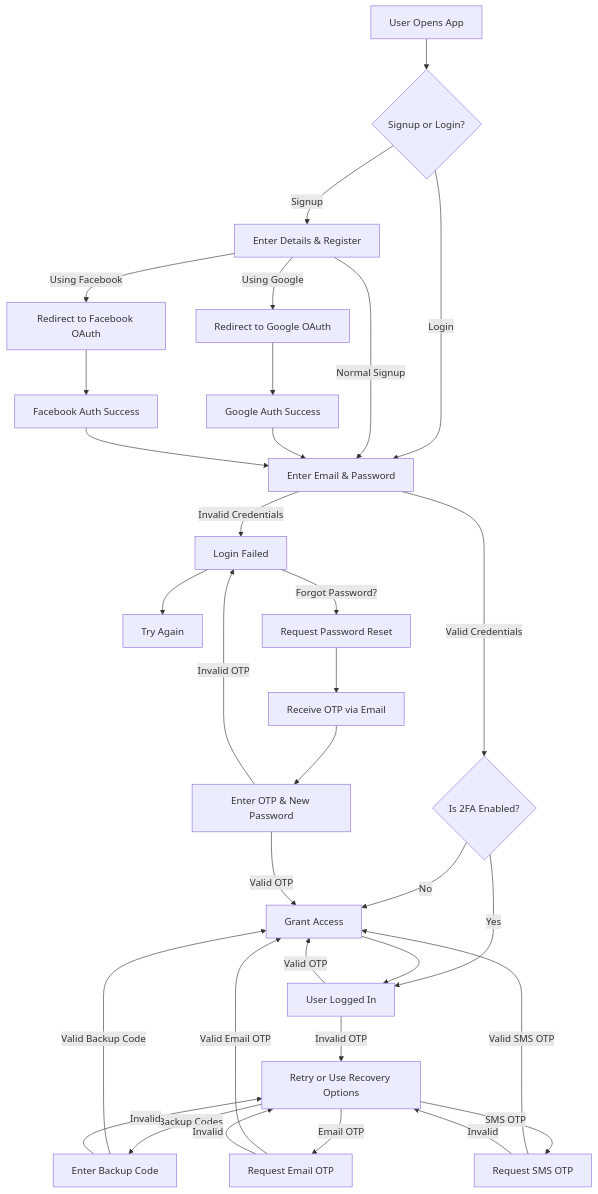
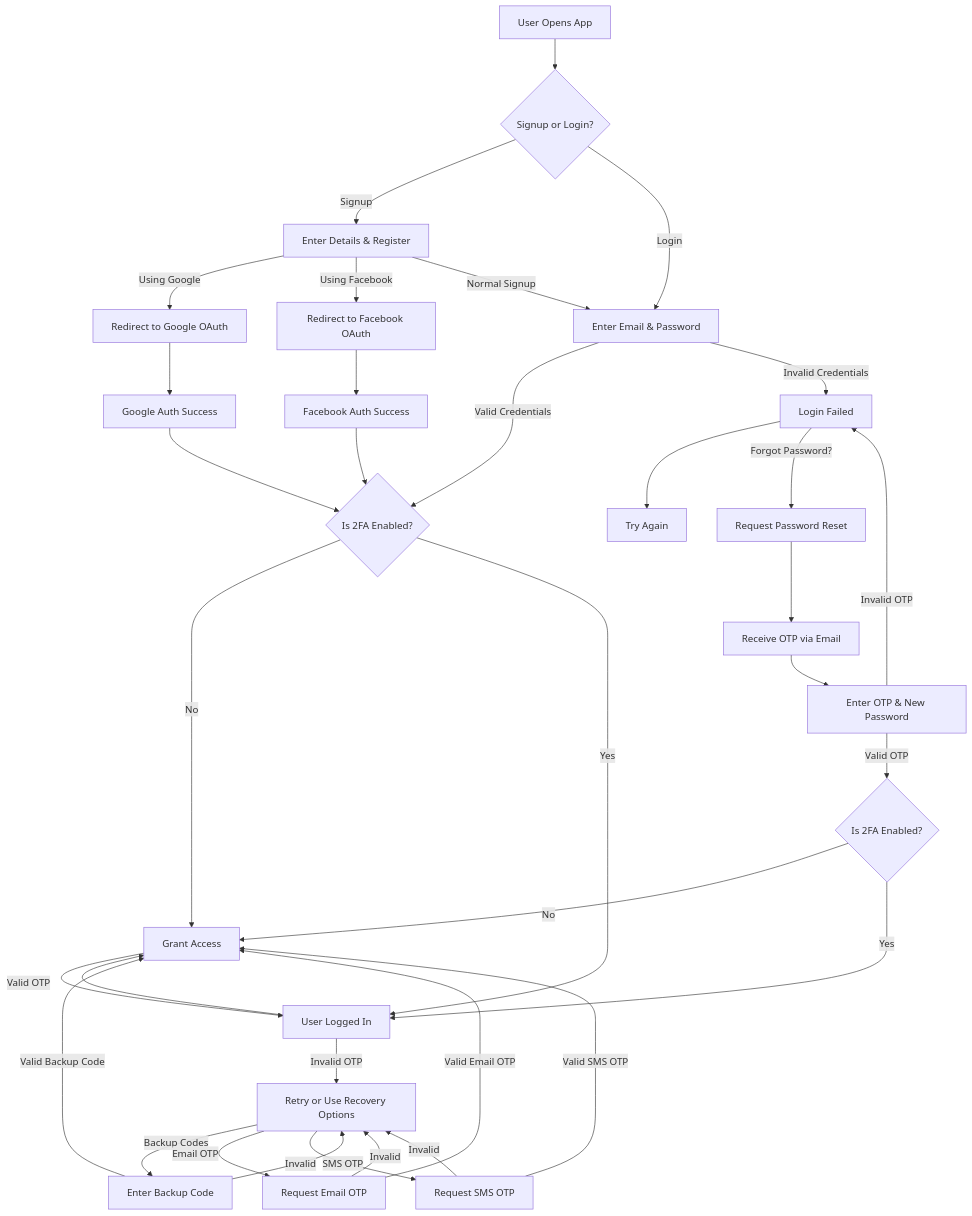
Before and after one commit to goudaabdulhmid2/node-user-auth--2fa: the diagram in README.md, drawn with Mermaid.

Commit message:
updat-ReadMe

````diff
--- a/README.md
+++ b/README.md
@@ -122,44 +122,46 @@
 ```mermaid
 %% User Authentication, OAuth, 2FA & Password Recovery Flow
 graph TD;
     A[User Opens App] --> B{Signup or Login?};
     B -->|Signup| C[Enter Details & Register];
     B -->|Login| D[Enter Email & Password];
 
     C -->|Using Google| G[Redirect to Google OAuth];
     C -->|Using Facebook| F[Redirect to Facebook OAuth];
     C -->|Normal Signup| D;
 
-    G --> H[Google Auth Success] --> D;
-    F --> I[Facebook Auth Success] --> D;
-
-    D -->|Valid Credentials| J{Is 2FA Enabled?};
+    G --> H[Google Auth Success] --> J{Is 2FA Enabled?};
+    F --> I[Facebook Auth Success] --> J;
+    D -->|Valid Credentials| J;
     D -->|Invalid Credentials| X[Login Failed];
 
     J -->|No| K[Grant Access];
     J -->|Yes| L[Enter OTP from Authenticator];
 
     L -->|Valid OTP| K;
     L -->|Invalid OTP| Y[Retry or Use Recovery Options];
 
     Y -->|Backup Codes| Z[Enter Backup Code];
     Y -->|Email OTP| W[Request Email OTP];
     Y -->|SMS OTP| V[Request SMS OTP];
 
     Z -->|Valid Backup Code| K;
     W -->|Valid Email OTP| K;
     V -->|Valid SMS OTP| K;
 
     Z -->|Invalid| Y;
     W -->|Invalid| Y;
     V -->|Invalid| Y;
 
     K --> L[User Logged In];
     X --> M[Try Again];
 
     X -->|Forgot Password?| N[Request Password Reset];
     N --> O[Receive OTP via Email];
     O --> P[Enter OTP & New Password];
-    P -->|Valid OTP| K;
+    P -->|Valid OTP| Q{Is 2FA Enabled?};
     P -->|Invalid OTP| X;
+
+    Q -->|No| K;
+    Q -->|Yes| L;
 ```
````
